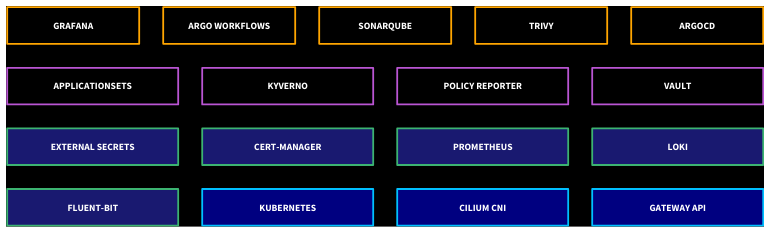
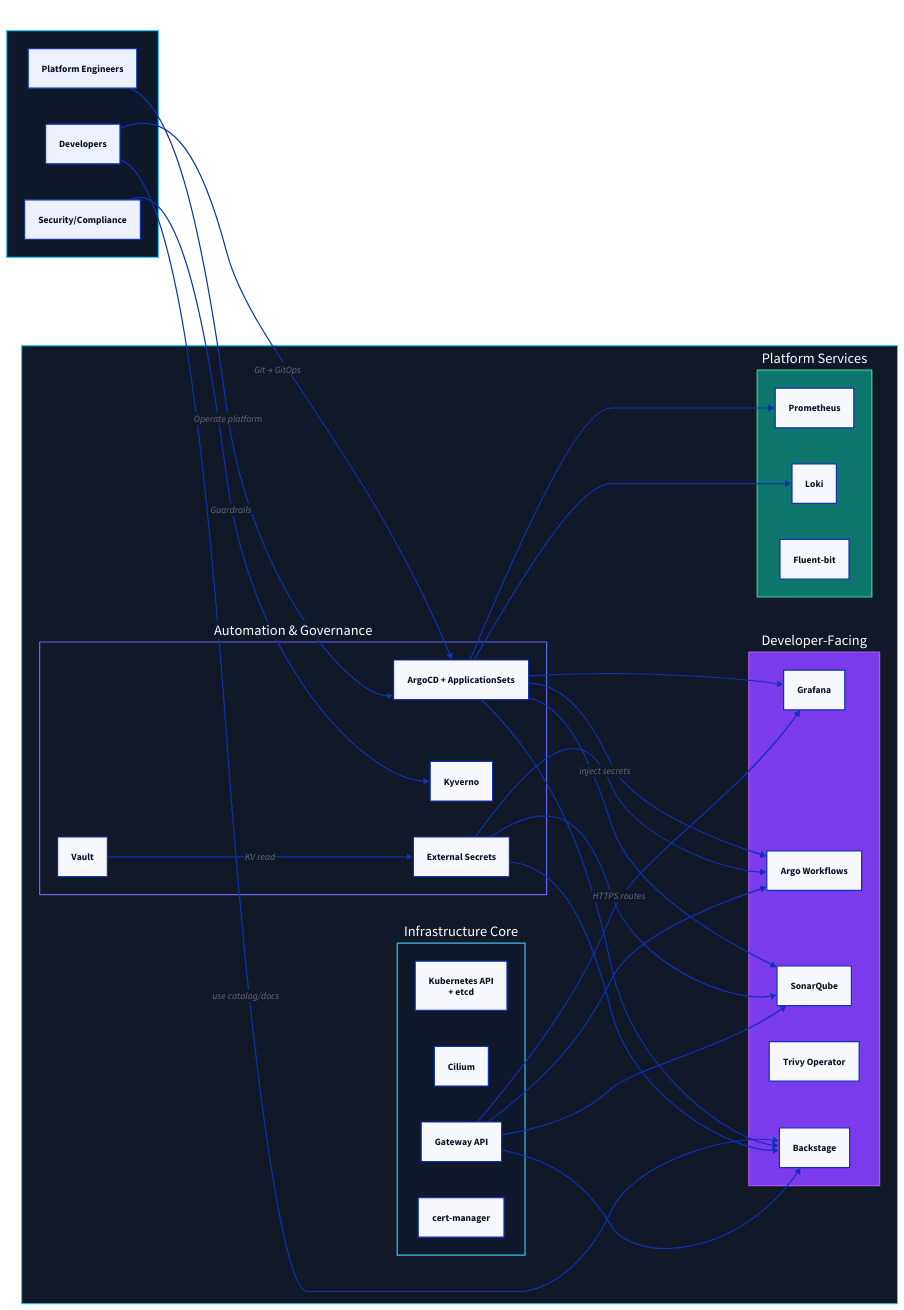
Before and after one commit to rou-cru/idp-blueprint: the diagram in Docs/index.md, drawn with D2. The commit also changed 22 other files, not shown here.

````diff
--- a/Docs/index.md
+++ b/Docs/index.md
@@ -9,140 +9,79 @@
 ```d2
-grid-rows: 4
-style.fill: black
+direction: right
 
 classes: {
-  layer0: {
-    width: 260
-    style: {
-      fill: navy
-      stroke: deepskyblue
-      stroke-width: 3
-      font-color: white
-      text-transform: uppercase
-    }
+  actors: { style.fill: "#0f172a"; style.font-color: white; style.stroke: "#38bdf8" }
+  system: { style.fill: "#111827"; style.font-color: white; style.stroke: "#22d3ee" }
+  infra:  { style.fill: "#0f172a"; style.stroke: "#38bdf8"; style.font-color: white }
+  gov:    { style.fill: "#111827"; style.stroke: "#6366f1"; style.font-color: white }
+  svc:    { style.fill: "#0f766e"; style.stroke: "#34d399"; style.font-color: white }
+  ux:     { style.fill: "#7c3aed"; style.stroke: "#a855f7"; style.font-color: white }
+}
+
+External: {
+  class: actors
+  Devs: "Developers"
+  Platform: "Platform Engineers"
+  Security: "Security/Compliance"
+}
+
+IDP: {
+  class: system
+  label: "IDP Blueprint cluster"
+
+  Infra: {
+    class: infra
+    label: "Infrastructure Core"
+    K8s: "Kubernetes API\n+ etcd"
+    Cilium
+    Gateway: "Gateway API"
+    Cert: "cert-manager"
   }
-  layer1: {
-    width: 220
-    style: {
-      fill: midnightblue
-      stroke: mediumseagreen
-      stroke-width: 3
-      font-color: white
-      text-transform: uppercase
-    }
+
+  Governance: {
+    class: gov
+    label: "Automation & Governance"
+    Argo: "ArgoCD + ApplicationSets"
+    Kyverno
+    Vault
+    ESO: "External Secrets"
   }
-  layer2: {
-    width: 220
-    style: {
-      fill: black
-      stroke: mediumorchid
-      stroke-width: 3
-      font-color: white
-      text-transform: uppercase
-    }
+
+  Services: {
+    class: svc
+    label: "Platform Services"
+    Prom: "Prometheus"
+    Loki
+    Fluent: "Fluent-bit"
   }
-  layer3: {
-    width: 220
-    style: {
-      fill: black
-      stroke: orange
-      stroke-width: 3
-      font-color: white
-      text-transform: uppercase
-    }
+
+  UX: {
+    class: ux
+    label: "Developer-Facing"
+    Grafana
+    Workflows: "Argo Workflows"
+    Sonar: "SonarQube"
+    Trivy: "Trivy Operator"
+    Backstage
   }
 }
 
-# Row 1: developer-facing surfaces
-
-grafana: {
-  class: layer3
-  label: "Grafana"
-}
-
-workflows: {
-  class: layer3
-  label: "Argo Workflows"
-}
-
-sonarqube: {
-  class: layer3
-  label: "SonarQube"
-}
-
-trivy: {
-  class: layer3
-  label: "Trivy"
-}
-
-argocd: {
-  class: layer3
-  label: "ArgoCD"
-}
-
-# Row 2: automation & governance
-
-appsets: {
-  class: layer2
-  label: "ApplicationSets"
-}
-
-kyverno: {
-  class: layer2
-  label: "Kyverno"
-}
-
-policy_reporter: {
-  class: layer2
-  label: "Policy Reporter"
-}
-
-vault: {
-  class: layer2
-  label: "Vault"
-}
-
-# Row 3: platform services
-
-eso: {
-  class: layer1
-  label: "External Secrets"
-}
-
-cert_manager: {
-  class: layer1
-  label: "cert-manager"
-}
-
-prom: {
-  class: layer1
-  label: "Prometheus"
-}
-
-loki: {
-  class: layer1
-  label: "Loki"
-}
-
-fluent: {
-  class: layer1
-  label: "Fluent-bit"
-}
-
-# Row 4: infrastructure core
-
-kubernetes: {
-  class: layer0
-  label: "Kubernetes"
-}
-
-cilium: {
-  class: layer0
-  label: "Cilium CNI"
-}
-
-gateway: {
-  class: layer0
-  label: "Gateway API"
-}
+External.Devs -> IDP.Governance.Argo: "Git → GitOps"
+External.Platform -> IDP.Governance.Argo: "Operate platform"
+External.Security -> IDP.Governance.Kyverno: "Guardrails"
+External.Devs -> IDP.UX.Backstage: "use catalog/docs"
+IDP.Governance.Argo -> IDP.Services.Prom
+IDP.Governance.Argo -> IDP.Services.Loki
+IDP.Governance.Argo -> IDP.UX.Workflows
+IDP.Governance.Argo -> IDP.UX.Sonar
+IDP.Governance.Argo -> IDP.UX.Grafana
+IDP.Governance.Argo -> IDP.UX.Backstage
+IDP.Governance.ESO -> IDP.UX.Workflows: "inject secrets"
+IDP.Governance.ESO -> IDP.UX.Sonar
+IDP.Governance.ESO -> IDP.UX.Backstage
+IDP.Governance.Vault -> IDP.Governance.ESO: "KV read"
+IDP.Infra.Gateway -> IDP.UX.Grafana: "HTTPS routes"
+IDP.Infra.Gateway -> IDP.UX.Workflows
+IDP.Infra.Gateway -> IDP.UX.Sonar
+IDP.Infra.Gateway -> IDP.UX.Backstage
 ```
````
